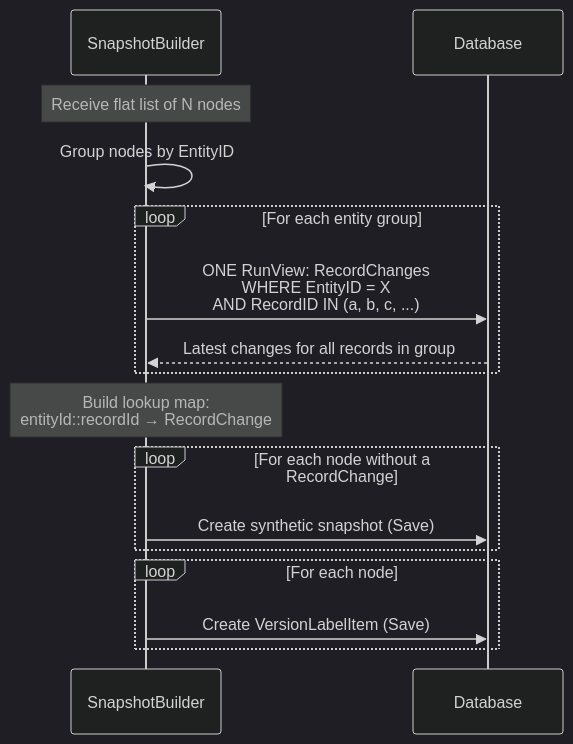
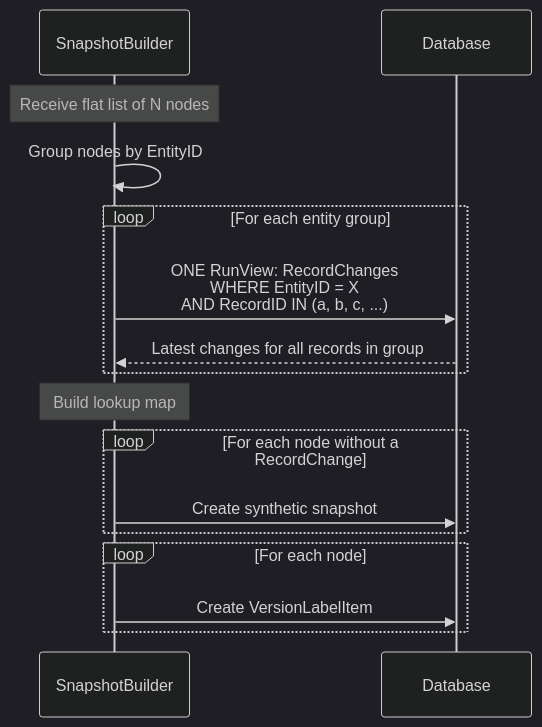
The fifth of 5 diagrams in packages/VersionHistory/README.md (MemberJunction/MJ), drawn with Mermaid (dark theme) before and after one commit. The commit also changed other lines of this file and 65 other files, not shown here.

````diff
--- a/packages/VersionHistory/README.md
+++ b/packages/VersionHistory/README.md
@@ -170,23 +199,23 @@
 ```mermaid
 sequenceDiagram
     participant SB as SnapshotBuilder
     participant DB as Database
 
     Note over SB: Receive flat list of N nodes
 
     SB->>SB: Group nodes by EntityID
     loop For each entity group
         SB->>DB: ONE RunView: RecordChanges<br/>WHERE EntityID = X<br/>AND RecordID IN (a, b, c, ...)
         DB-->>SB: Latest changes for all records in group
     end
 
-    Note over SB: Build lookup map:<br/>entityId::recordId → RecordChange
+    Note over SB: Build lookup map
 
     loop For each node without a RecordChange
-        SB->>DB: Create synthetic snapshot (Save)
+        SB->>DB: Create synthetic snapshot
     end
 
     loop For each node
-        SB->>DB: Create VersionLabelItem (Save)
+        SB->>DB: Create VersionLabelItem
     end
 ```
````
